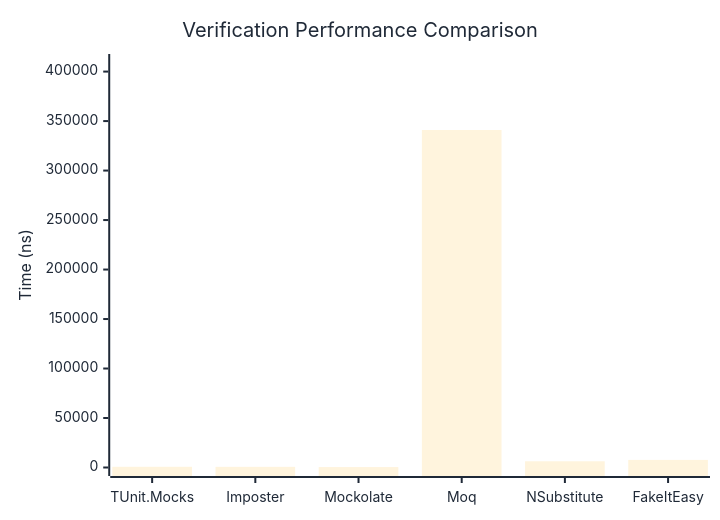
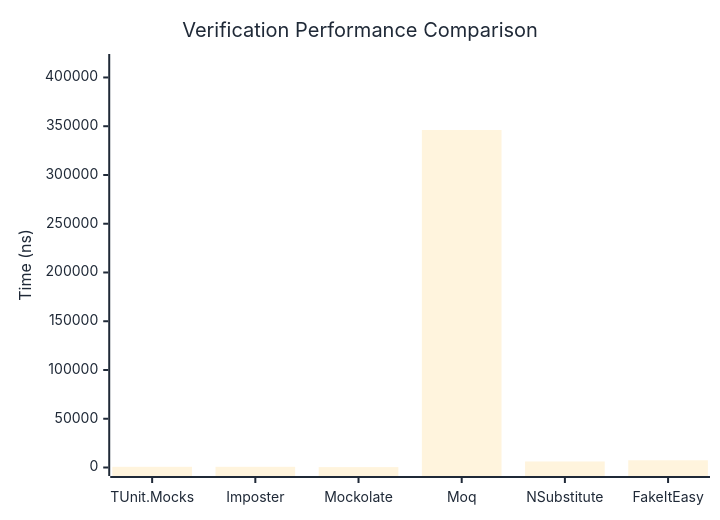
Before and after one commit to thomhurst/TUnit: the first of 3 diagrams in docs/docs/benchmarks/mocks/Verification.md, drawn with Mermaid. The commit also changed other lines of this file and 14 other files, not shown here.

````diff
--- a/docs/docs/benchmarks/mocks/Verification.md
+++ b/docs/docs/benchmarks/mocks/Verification.md
@@ -30,27 +30,27 @@
 ```mermaid
 %%{init: {
   'theme':'base',
   'themeVariables': {
     'primaryColor': '#2563eb',
     'primaryTextColor': '#1f2937',
     'primaryBorderColor': '#1e40af',
     'lineColor': '#6b7280',
     'secondaryColor': '#7c3aed',
     'tertiaryColor': '#dc2626',
     'background': '#ffffff',
     'pie1': '#2563eb',
     'pie2': '#7c3aed',
     'pie3': '#dc2626',
     'pie4': '#f59e0b',
     'pie5': '#10b981',
     'pie6': '#06b6d4',
     'pie7': '#ec4899',
     'pie8': '#6366f1'
   }
 }}%%
 xychart-beta
   title "Verification Performance Comparison"
   x-axis ["TUnit.Mocks", "Imposter", "Mockolate", "Moq", "NSubstitute", "FakeItEasy"]
-  y-axis "Time (ns)" 0 --> 409180
-  bar [718.14, 669.02, 417.16, 340982.74, 6297.55, 7689.72]
+  y-axis "Time (ns)" 0 --> 415350
+  bar [698.42, 693.15, 405.16, 346124.34, 6185.63, 7413.16]
 ```
````
